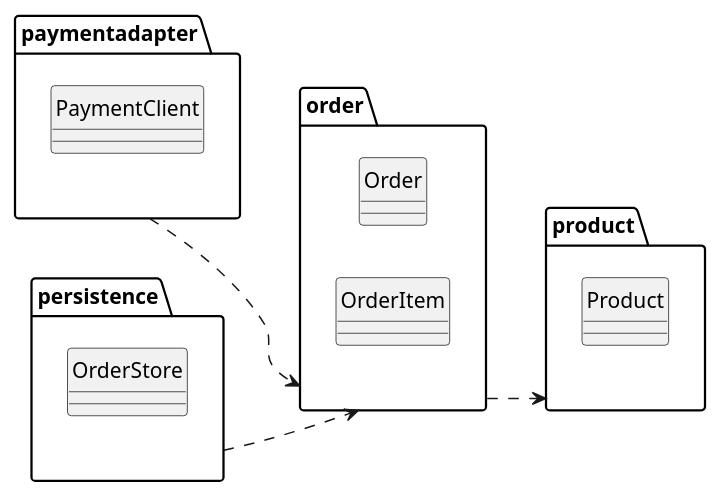
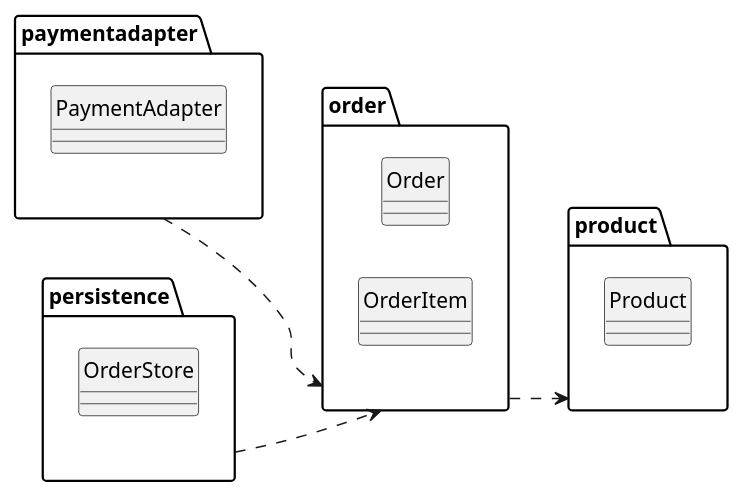
Before and after one commit to YoungSan77/TrainingMaterials: the fourth of 4 diagrams in courses/ai-native/sessions/s05.md, drawn with PlantUML. The commit also changed other lines of this file and 29 other files, not shown here.

````diff
--- a/courses/ai-native/sessions/s05.md
+++ b/courses/ai-native/sessions/s05.md
@@ -415,22 +405,22 @@
 ```plantuml:package
 @startuml
 left to right direction
 hide circle
 package order {
   class Order
   class OrderItem
 }
 package product {
   class Product
 }
 package paymentadapter {
-  class PaymentClient
+  class PaymentAdapter
 }
 package persistence {
   class OrderStore
 }
 order ..> product
 paymentadapter ..> order
 persistence ..> order
 @enduml
 ```
````
